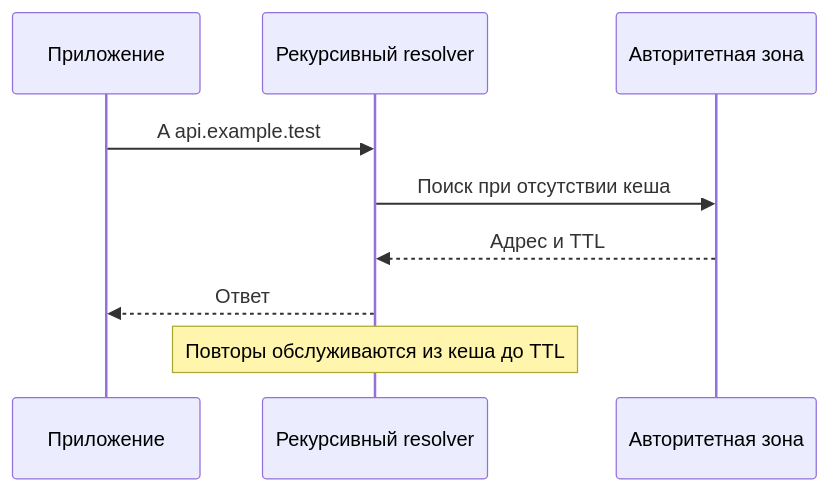
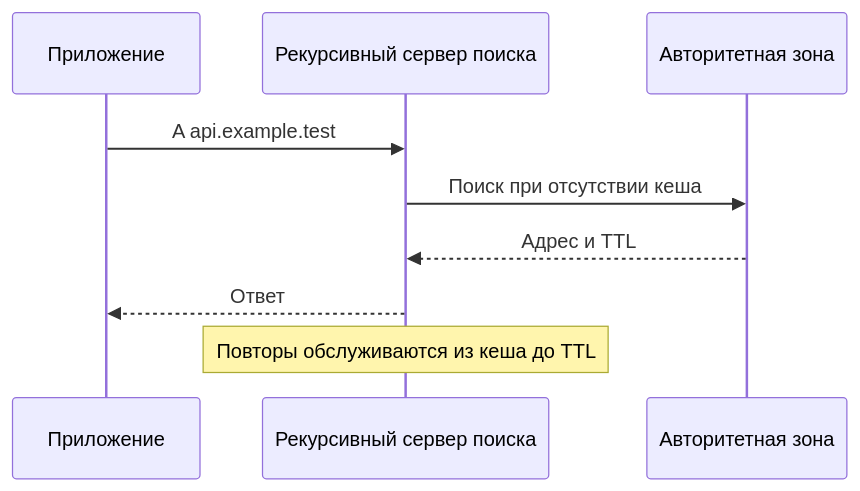
The diagram in docs/networking/application/dns.md (leary1337/vault), drawn with Mermaid before and after one commit. The commit also changed other lines of this file and 325 other files, not shown here.

````diff
--- a/docs/networking/application/dns.md
+++ b/docs/networking/application/dns.md
@@ -52,11 +54,11 @@
 ```mermaid
 sequenceDiagram
  participant A as Приложение
- participant R as Рекурсивный resolver
+ participant R as Рекурсивный сервер поиска
  participant Z as Авторитетная зона
  A->>R: A api.example.test
  R->>Z: Поиск при отсутствии кеша
  Z-->>R: Адрес и TTL
  R-->>A: Ответ
  Note over R: Повторы обслуживаются из кеша до TTL
 ```
````
